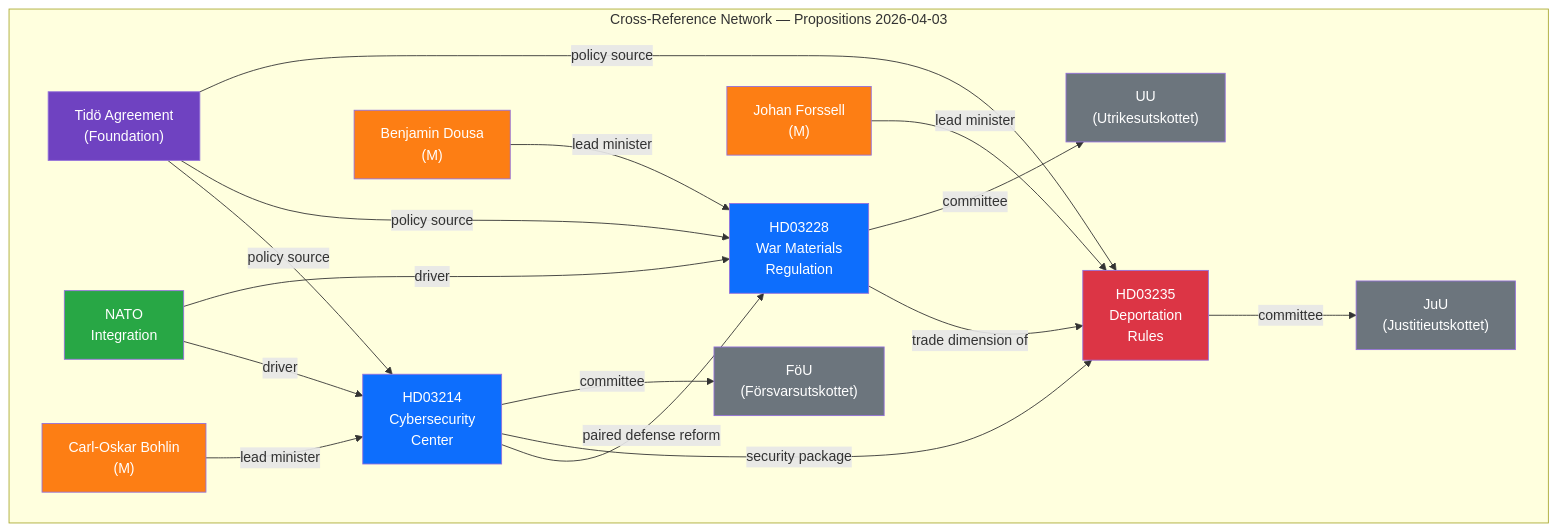
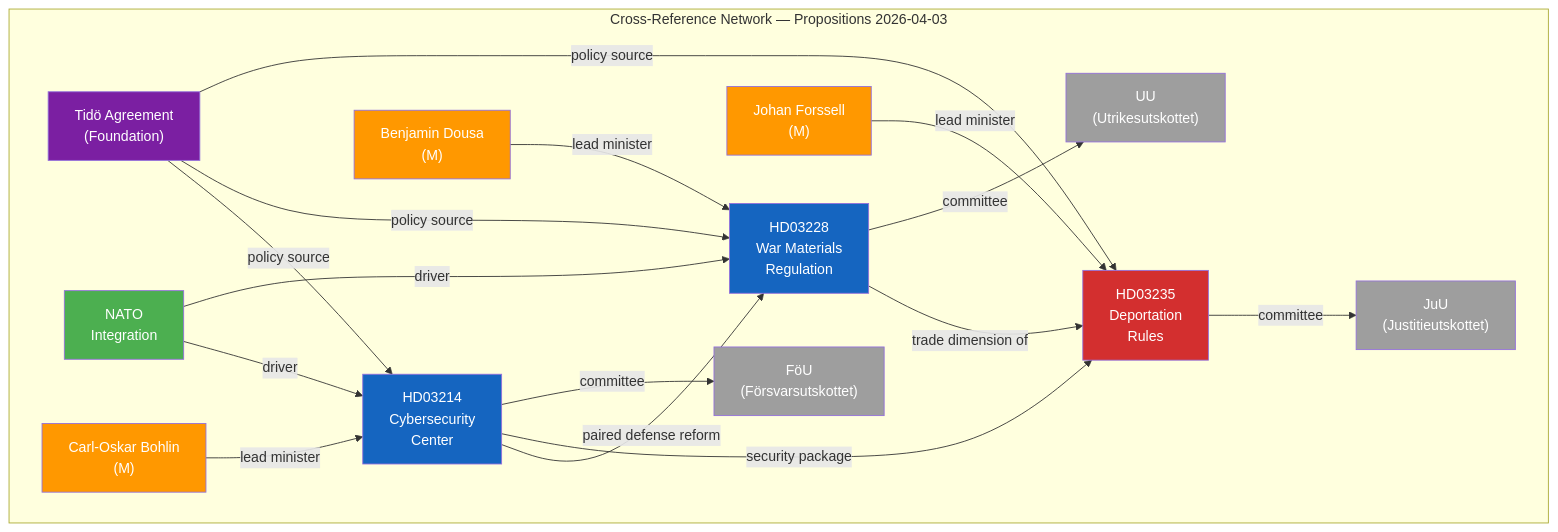
One commit to Hack23/riksdagsmonitor changed the diagram in analysis/daily/2026-04-03/propositions/cross-reference-map.md. Above: the diagram before and after it, drawn with Mermaid. The commit also changed 785 other files, not shown here.

First line of the commit message:
Normalize mermaid colors across 786 analysis artifacts to ISMS Style Guide palette

````diff
--- a/analysis/daily/2026-04-03/propositions/cross-reference-map.md
+++ b/analysis/daily/2026-04-03/propositions/cross-reference-map.md
@@ -16,41 +16,41 @@
 ```mermaid
 graph TD
     subgraph "Cross-Reference Network — Propositions 2026-04-03"
         HD214["HD03214<br/>Cybersecurity<br/>Center"]
         HD228["HD03228<br/>War Materials<br/>Regulation"]
         HD235["HD03235<br/>Deportation<br/>Rules"]
         TIDO["Tidö Agreement<br/>(Foundation)"]
         NATO["NATO<br/>Integration"]
         FOU["FöU<br/>(Försvarsutskottet)"]
         JUU["JuU<br/>(Justitieutskottet)"]
         UU["UU<br/>(Utrikesutskottet)"]
         BOHLIN["Carl-Oskar Bohlin<br/>(M)"]
         DOUSA["Benjamin Dousa<br/>(M)"]
         FORSSELL["Johan Forssell<br/>(M)"]
     end
     HD214 -->|"paired defense reform"| HD228
     HD214 -->|"security package"| HD235
     HD228 -->|"trade dimension of"| HD235
     TIDO -->|"policy source"| HD214
     TIDO -->|"policy source"| HD228
     TIDO -->|"policy source"| HD235
     NATO -->|"driver"| HD214
     NATO -->|"driver"| HD228
     BOHLIN -->|"lead minister"| HD214
     DOUSA -->|"lead minister"| HD228
     FORSSELL -->|"lead minister"| HD235
     HD214 -->|"committee"| FOU
     HD228 -->|"committee"| UU
     HD235 -->|"committee"| JUU
-    style HD214 fill:#0d6efd,color:#fff
-    style HD228 fill:#0d6efd,color:#fff
-    style HD235 fill:#dc3545,color:#fff
-    style TIDO fill:#6f42c1,color:#fff
-    style NATO fill:#28a745,color:#fff
-    style FOU fill:#6c757d,color:#fff
-    style JUU fill:#6c757d,color:#fff
-    style UU fill:#6c757d,color:#fff
-    style BOHLIN fill:#fd7e14,color:#fff
-    style DOUSA fill:#fd7e14,color:#fff
-    style FORSSELL fill:#fd7e14,color:#fff
+    style HD214 fill:#1565C0,color:#FFFFFF
+    style HD228 fill:#1565C0,color:#FFFFFF
+    style HD235 fill:#D32F2F,color:#FFFFFF
+    style TIDO fill:#7B1FA2,color:#FFFFFF
+    style NATO fill:#4CAF50,color:#FFFFFF
+    style FOU fill:#9E9E9E,color:#FFFFFF
+    style JUU fill:#9E9E9E,color:#FFFFFF
+    style UU fill:#9E9E9E,color:#FFFFFF
+    style BOHLIN fill:#FF9800,color:#FFFFFF
+    style DOUSA fill:#FF9800,color:#FFFFFF
+    style FORSSELL fill:#FF9800,color:#FFFFFF
 ```
````
